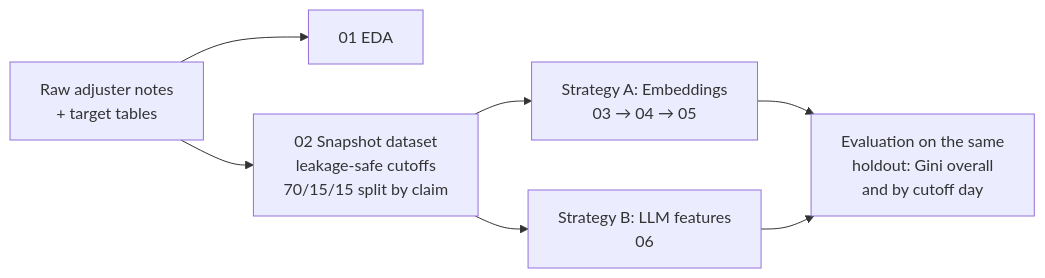
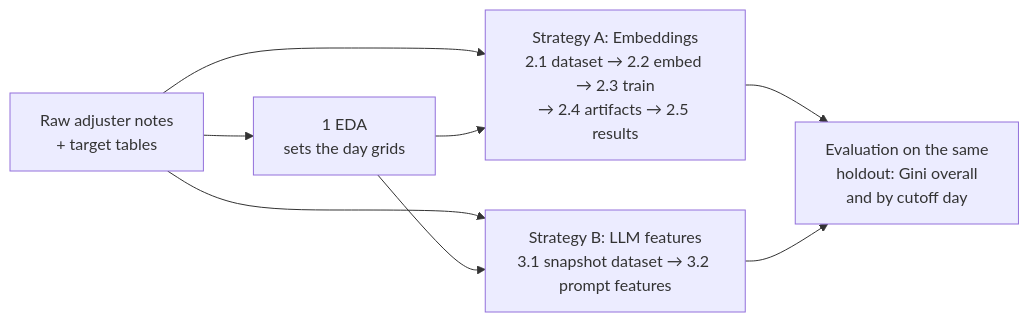
The diagram in README.md (JayJajoo/BISeverityCapstoneProject), drawn with Mermaid before and after one commit. The commit also changed other lines of this file and 48 other files, not shown here.

````diff
--- a/README.md
+++ b/README.md
@@ -47,9 +47,10 @@
 ```mermaid
 flowchart LR
-    A[Raw adjuster notes<br/>+ target tables] --> B[01 EDA]
-    A --> C[02 Snapshot dataset<br/>leakage-safe cutoffs<br/>70/15/15 split by claim]
-    C --> D[Strategy A: Embeddings<br/>03 → 04 → 05]
-    C --> E[Strategy B: LLM features<br/>06]
+    A[Raw adjuster notes<br/>+ target tables] --> B[1 EDA<br/>sets the day grids]
+    A --> D[Strategy A: Embeddings<br/>2.1 dataset → 2.2 embed → 2.3 train<br/>→ 2.4 artifacts → 2.5 results]
+    A --> E[Strategy B: LLM features<br/>3.1 snapshot dataset → 3.2 prompt features]
+    B --> D
+    B --> E
     D --> F[Evaluation on the same<br/>holdout: Gini overall<br/>and by cutoff day]
     E --> F
 ```
````
